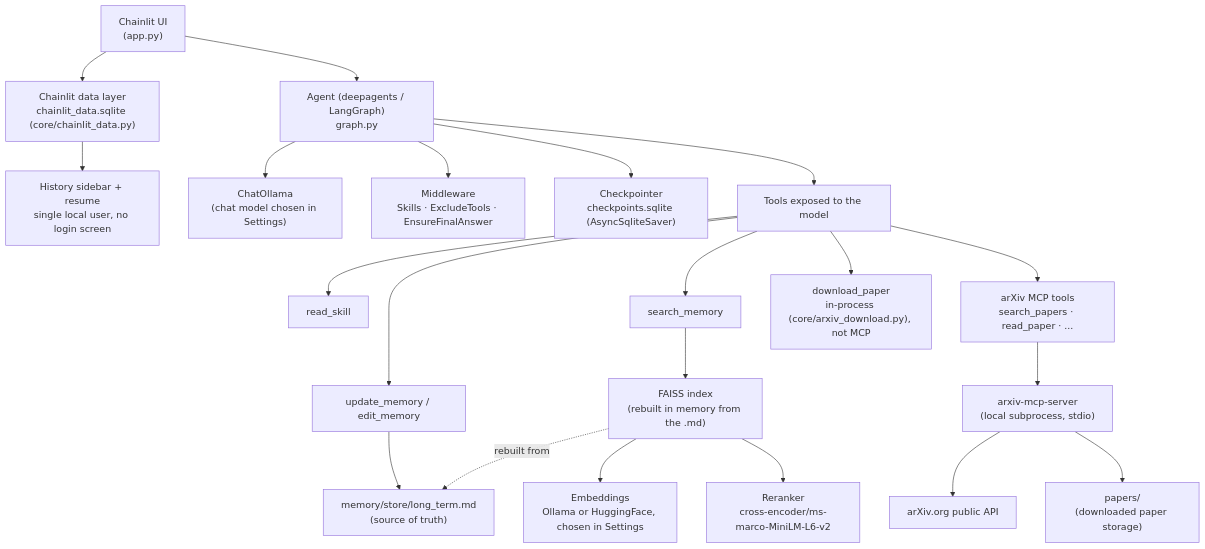
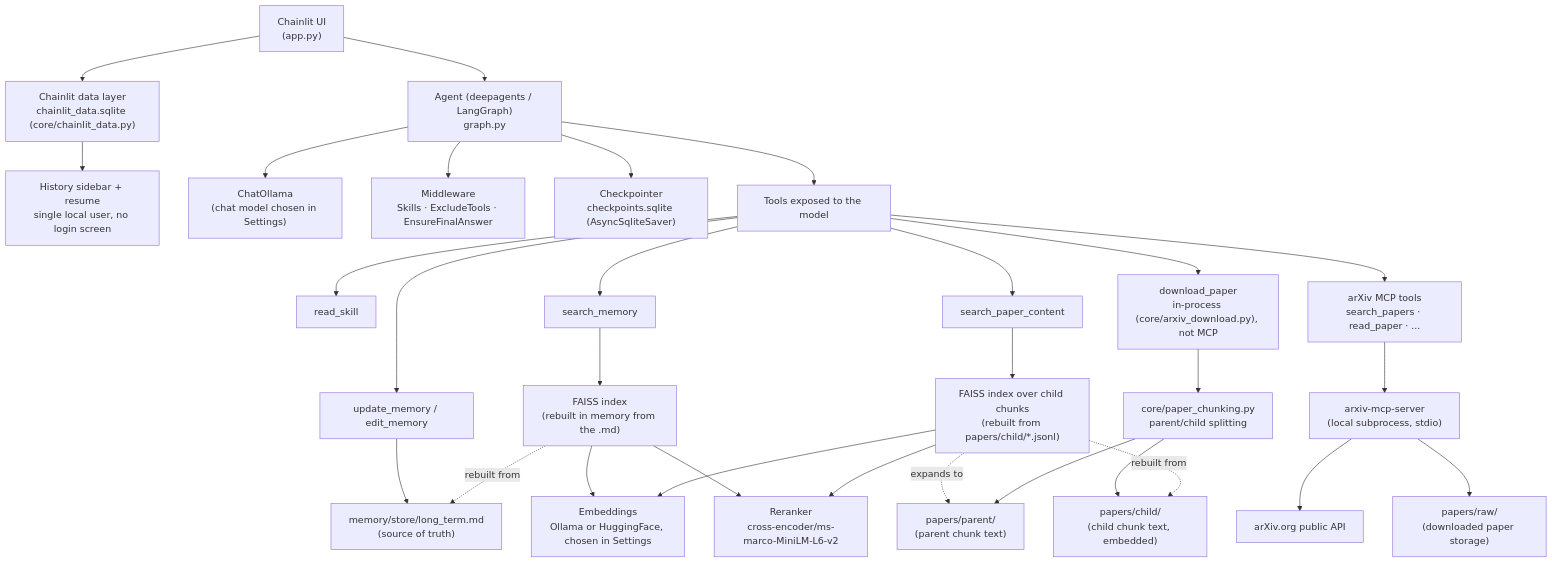
One commit to nathanielcr96/AInstein-Local-Research-Agent changed the diagram in README.md. Above: the diagram before and after it, drawn with Mermaid. The commit also changed other lines of this file and 14 other files, not shown here.

````diff
--- a/README.md
+++ b/README.md
@@ -79,28 +81,39 @@
 ```mermaid
 flowchart TD
     UI["Chainlit UI<br/>(app.py)"] --> Agent["Agent (deepagents / LangGraph)<br/>graph.py"]
     UI --> DataLayer["Chainlit data layer<br/>chainlit_data.sqlite (core/chainlit_data.py)"]
     DataLayer --> History["History sidebar + resume<br/>single local user, no login screen"]
 
     Agent --> LLM["ChatOllama<br/>(chat model chosen in Settings)"]
     Agent --> MW["Middleware<br/>Skills · ExcludeTools · EnsureFinalAnswer"]
     Agent --> CKPT["Checkpointer<br/>checkpoints.sqlite (AsyncSqliteSaver)"]
 
     Agent --> Tools["Tools exposed to the model"]
     Tools --> ReadSkill["read_skill"]
     Tools --> UpdateMem["update_memory / edit_memory"]
     Tools --> SearchMem["search_memory"]
+    Tools --> SearchPaperContent["search_paper_content"]
     Tools --> ArxivTools["arXiv MCP tools<br/>search_papers · read_paper · ..."]
     Tools --> CustomDownload["download_paper<br/>in-process (core/arxiv_download.py), not MCP"]
 
     SearchMem --> FAISS["FAISS index<br/>(rebuilt in memory from the .md)"]
     FAISS --> Embeddings["Embeddings<br/>Ollama or HuggingFace, chosen in Settings"]
     FAISS --> Reranker["Reranker<br/>cross-encoder/ms-marco-MiniLM-L6-v2"]
 
+    SearchPaperContent --> ChildFAISS["FAISS index over child chunks<br/>(rebuilt from papers/child/*.jsonl)"]
+    ChildFAISS --> Embeddings
+    ChildFAISS --> Reranker
+    ChildFAISS -. expands to .-> ParentDir["papers/parent/<br/>(parent chunk text)"]
+
     UpdateMem --> MDFile["memory/store/long_term.md<br/>(source of truth)"]
     FAISS -. rebuilt from .-> MDFile
 
+    CustomDownload --> Chunking["core/paper_chunking.py<br/>parent/child splitting"]
+    Chunking --> ParentDir
+    Chunking --> ChildDir["papers/child/<br/>(child chunk text, embedded)"]
+    ChildFAISS -. rebuilt from .-> ChildDir
+
     ArxivTools --> MCP["arxiv-mcp-server<br/>(local subprocess, stdio)"]
     MCP --> ArxivAPI["arXiv.org public API"]
-    MCP --> PapersDir["papers/<br/>(downloaded paper storage)"]
+    MCP --> PapersDir["papers/raw/<br/>(downloaded paper storage)"]
 ```
````
